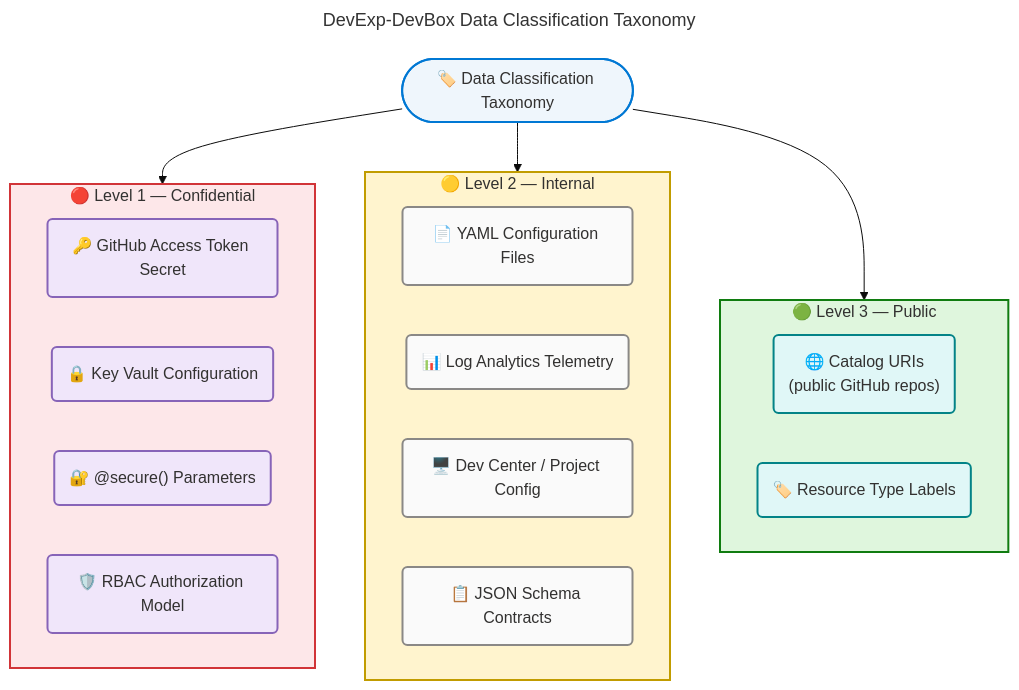
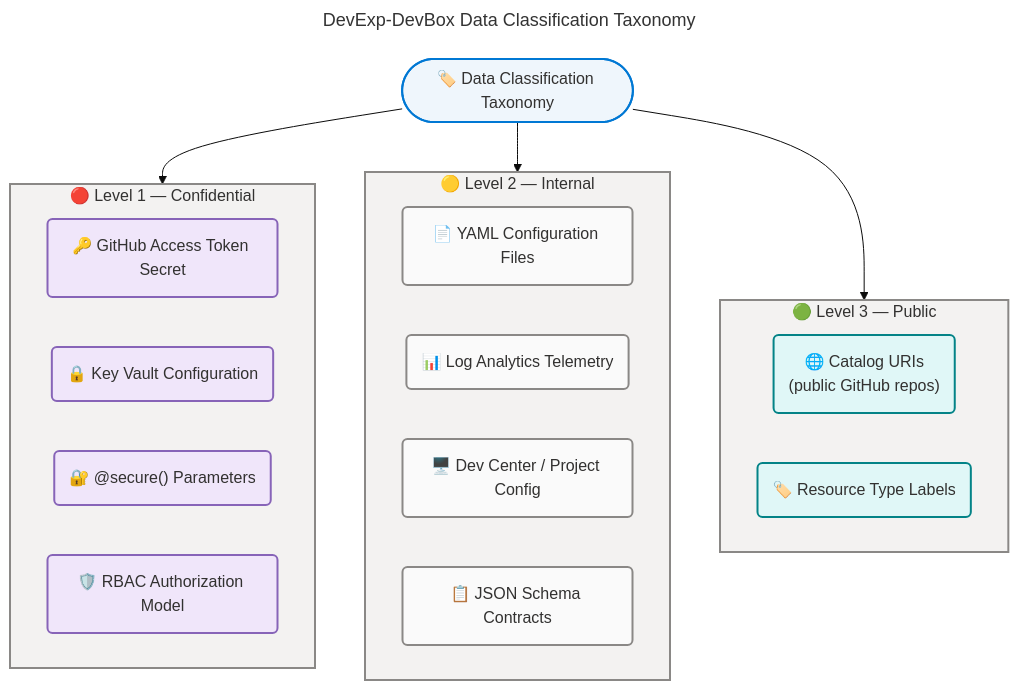
Before and after one commit to Evilazaro/DevExp-DevBox: the third of 8 diagrams in docs/architecture/data-architecture.md, drawn with Mermaid.

Commit message:
refactor: update flowchart styles for improved visual consistency

````diff
--- a/docs/architecture/data-architecture.md
+++ b/docs/architecture/data-architecture.md
@@ -428,67 +428,67 @@
 ```mermaid
 ---
 title: DevExp-DevBox Data Classification Taxonomy
 config:
   theme: base
   look: classic
   layout: dagre
   themeVariables:
     fontSize: '16px'
   flowchart:
     htmlLabels: true
 ---
 flowchart TB
     accTitle: DevExp-DevBox Data Classification Taxonomy
     accDescr: Shows the three-level data classification taxonomy for DevExp-DevBox. Level 1 Confidential data requires Key Vault storage and RBAC gating. Level 2 Internal data is platform-scoped but non-secret. Level 3 Public data is safe for open exposure.
 
     %% ═══════════════════════════════════════════════════════════════════════════
     %% AZURE / FLUENT ARCHITECTURE PATTERN v1.1
     %% (Semantic + Structural + Font + Accessibility Governance)
     %% ═══════════════════════════════════════════════════════════════════════════
     %% PHASE 1 - FLUENT UI: All styling uses approved Fluent UI palette only
     %% PHASE 2 - GROUPS: Every subgraph has semantic color via style directive
     %% PHASE 3 - COMPONENTS: Every node has semantic classDef + icon prefix
     %% PHASE 4 - ACCESSIBILITY: accTitle/accDescr present, WCAG AA contrast
     %% PHASE 5 - STANDARD: Governance block present, classDefs centralized
     %% ═══════════════════════════════════════════════════════════════════════════
 
     ROOT(["🏷️ Data Classification Taxonomy"])
 
     subgraph L1["🔴 Level 1 — Confidential"]
         C1("🔑 GitHub Access Token Secret")
         C2("🔒 Key Vault Configuration")
         C3("🔐 @secure() Parameters")
         C4("🛡️ RBAC Authorization Model")
     end
 
     subgraph L2["🟡 Level 2 — Internal"]
         I1("📄 YAML Configuration Files")
         I2("📊 Log Analytics Telemetry")
         I3("🖥️ Dev Center / Project Config")
         I4("📋 JSON Schema Contracts")
     end
 
     subgraph L3["🟢 Level 3 — Public"]
         P1("🌐 Catalog URIs<br>(public GitHub repos)")
         P2("🏷️ Resource Type Labels")
     end
 
     ROOT --> L1
     ROOT --> L2
     ROOT --> L3
 
-    style L1 fill:#FDE7E9,stroke:#D13438,stroke-width:2px,color:#323130
-    style L2 fill:#FFF4CE,stroke:#C19C00,stroke-width:2px,color:#323130
-    style L3 fill:#DFF6DD,stroke:#107C10,stroke-width:2px,color:#323130
+    style L1 fill:#F3F2F1,stroke:#8A8886,stroke-width:2px,color:#323130
+    style L2 fill:#F3F2F1,stroke:#8A8886,stroke-width:2px,color:#323130
+    style L3 fill:#F3F2F1,stroke:#8A8886,stroke-width:2px,color:#323130
 
     %% Centralized classDef declarations
     classDef neutral fill:#FAFAFA,stroke:#8A8886,stroke-width:2px,color:#323130
     classDef secret fill:#F0E6FA,stroke:#8764B8,stroke-width:2px,color:#323130
     classDef root fill:#EFF6FC,stroke:#0078D4,stroke-width:2px,color:#323130
     classDef pub fill:#E0F7F7,stroke:#038387,stroke-width:2px,color:#323130
 
     class ROOT root
     class C1,C2,C3,C4 secret
     class I1,I2,I3,I4 neutral
     class P1,P2 pub
 ```
````
